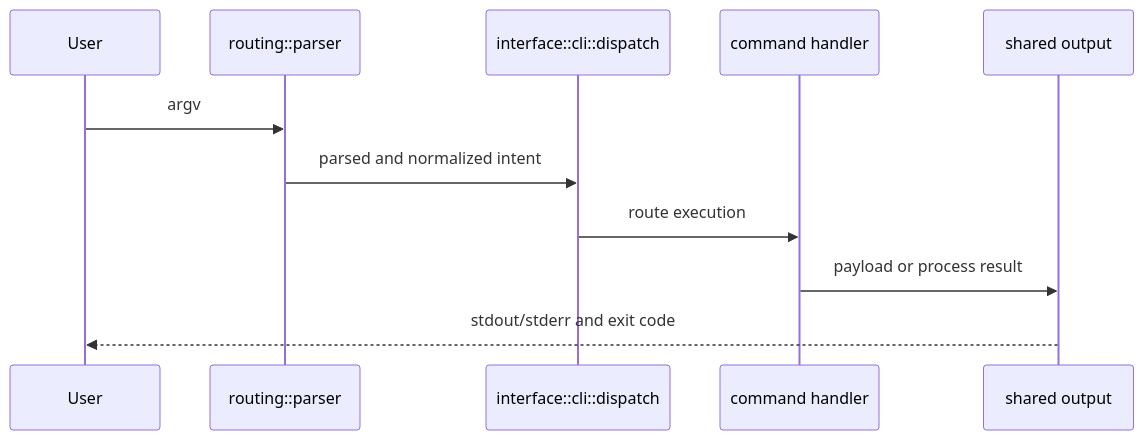
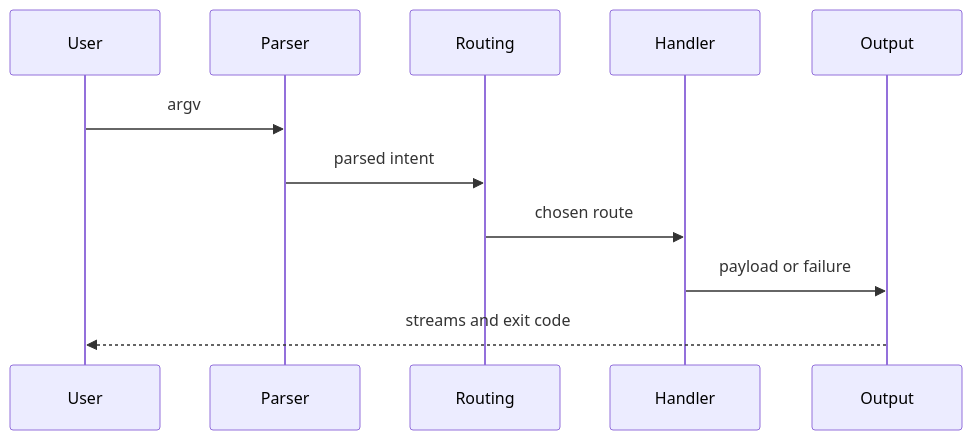
The diagram in docs/bijux-cli/foundation/lifecycle-overview.md (bijux/bijux-cli), drawn with Mermaid before and after one commit. The commit also changed other lines of this file, not shown here.

Commit message:
docs(cli-foundation): clarify the lifecycle overview

````diff
--- a/docs/bijux-cli/foundation/lifecycle-overview.md
+++ b/docs/bijux-cli/foundation/lifecycle-overview.md
@@ -18,14 +20,14 @@
 ```mermaid
 sequenceDiagram
     participant User
-    participant Parser as routing::parser
-    participant Dispatch as interface::cli::dispatch
-    participant Handler as command handler
-    participant Output as shared output
+    participant Parser
+    participant Routing
+    participant Handler
+    participant Output
 
     User->>Parser: argv
-    Parser->>Dispatch: parsed and normalized intent
-    Dispatch->>Handler: route execution
-    Handler->>Output: payload or process result
-    Output-->>User: stdout/stderr and exit code
+    Parser->>Routing: parsed intent
+    Routing->>Handler: chosen route
+    Handler->>Output: payload or failure
+    Output-->>User: streams and exit code
 ```
````
